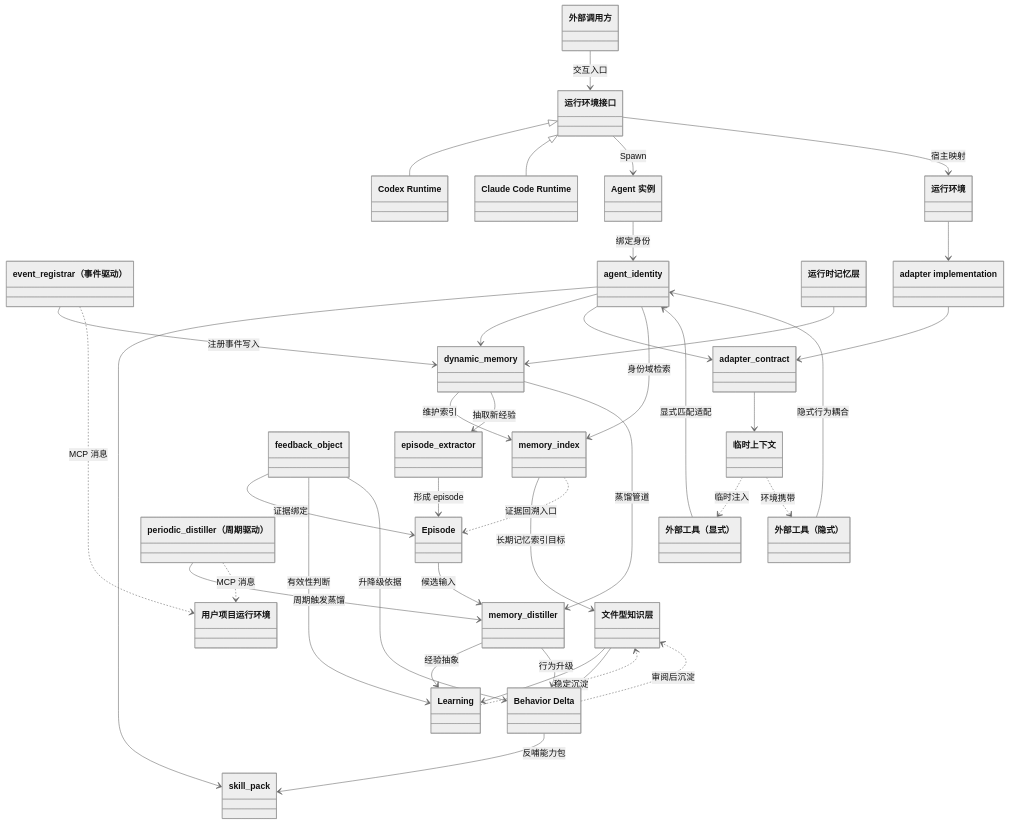
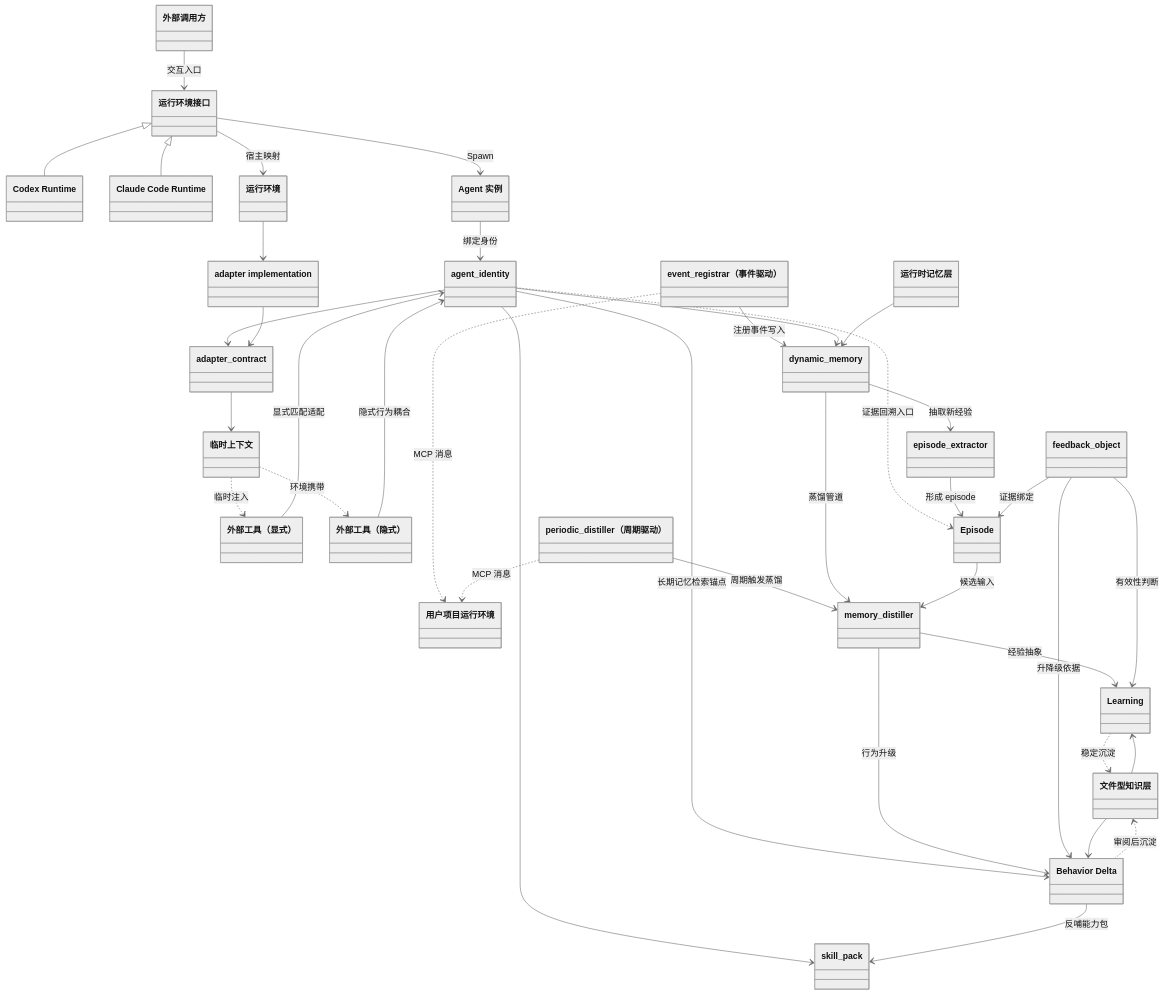
The diagram in docs/portable-agent-contract/relationship-map.md (pandamicro/obsidian-agent-memory-server), drawn with Mermaid (neutral theme) before and after one commit. The commit also changed other lines of this file, not shown here.

Commit message:
docs: 移除 memory_index 并改为 identity 直连 Behavior Delta

```diff
--- a/docs/portable-agent-contract/relationship-map.md
+++ b/docs/portable-agent-contract/relationship-map.md
@@ -20,7 +20,6 @@
     class DynamicMemory["dynamic_memory"]
     class AdapterContract["adapter_contract"]
 
-    class MemoryIndex["memory_index"]
     class EpisodeExtractor["episode_extractor"]
     class MemoryDistiller["memory_distiller"]
     class Episode["Episode"]
@@ -53,10 +52,8 @@
     AgentIdentity --> DynamicMemory
     AgentIdentity --> AdapterContract
 
-    DynamicMemory --> MemoryIndex : 维护索引
-    AgentIdentity --> MemoryIndex : 身份域检索
-    MemoryIndex --> FileKnowledge : 长期记忆索引目标
-    MemoryIndex ..> Episode : 证据回溯入口
+    AgentIdentity --> BehaviorDelta : 长期记忆检索锚点
+    AgentIdentity ..> Episode : 证据回溯入口
 
     DynamicMemory --> EpisodeExtractor : 抽取新经验
     EpisodeExtractor --> Episode : 形成 episode
```
